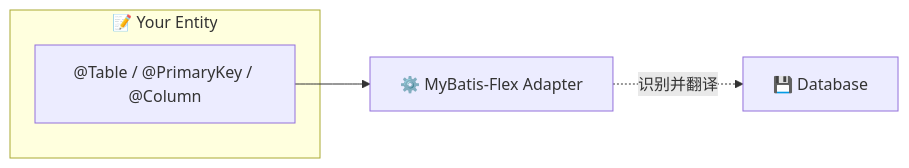
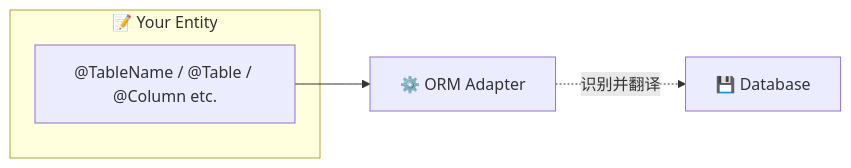
One commit to dromara/auto-table changed the diagram in auto-table-doc/docs/ORM 适配/index.md. Above: the diagram before and after it, drawn with Mermaid. The commit also changed other lines of this file, not shown here.

Commit message:
docs: 修正 ORM 适配总览页 content，添加完整的介绍页面

````diff
--- a/auto-table-doc/docs/ORM 适配/index.md
+++ b/auto-table-doc/docs/ORM 适配/index.md
@@ -78,13 +50,13 @@
 ```mermaid
 flowchart LR
     subgraph entity["📝 Your Entity"]
-        E["@Table / @PrimaryKey / @Column"]
+        E["@TableName / @Table / @Column etc."]
     end
     
-    adapter[⚙️ MyBatis-Flex Adapter]
+    adapter[⚙️ ORM Adapter]
     
     db["💾 Database"]
     
     E --> adapter
     adapter -.识别并翻译.-> db
 ```
````
